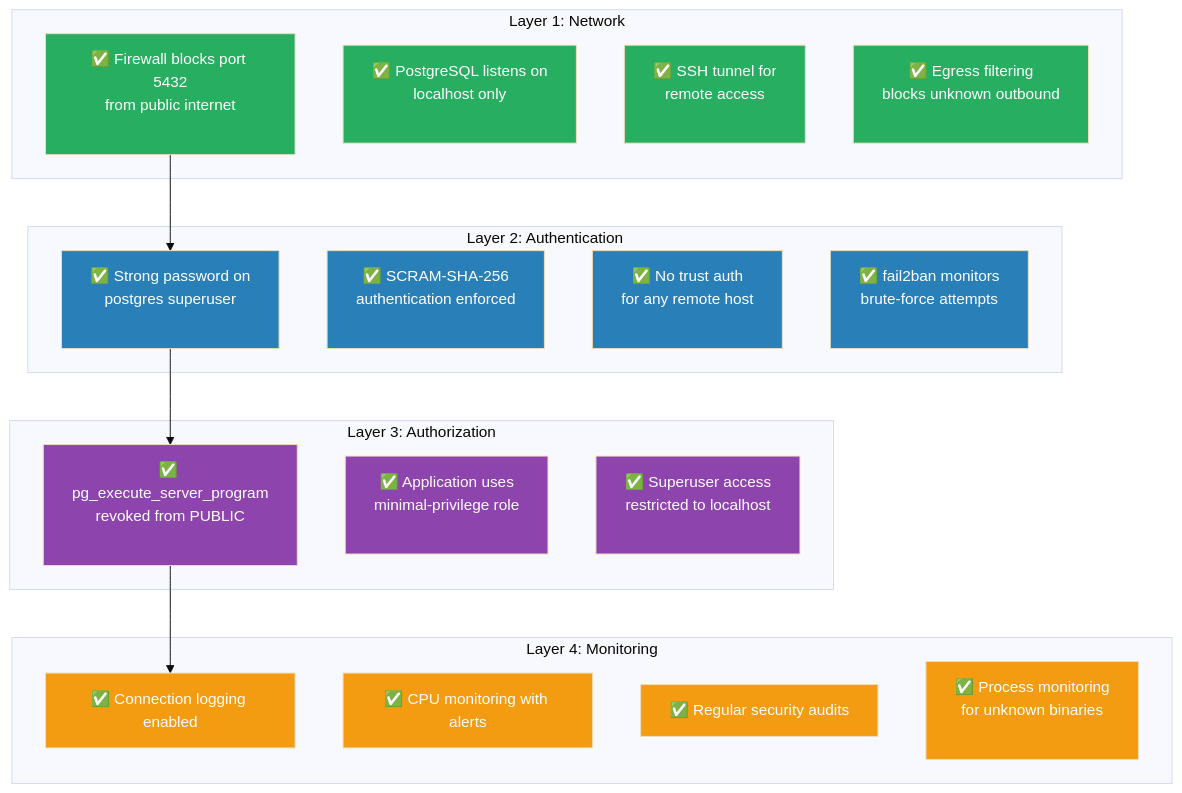
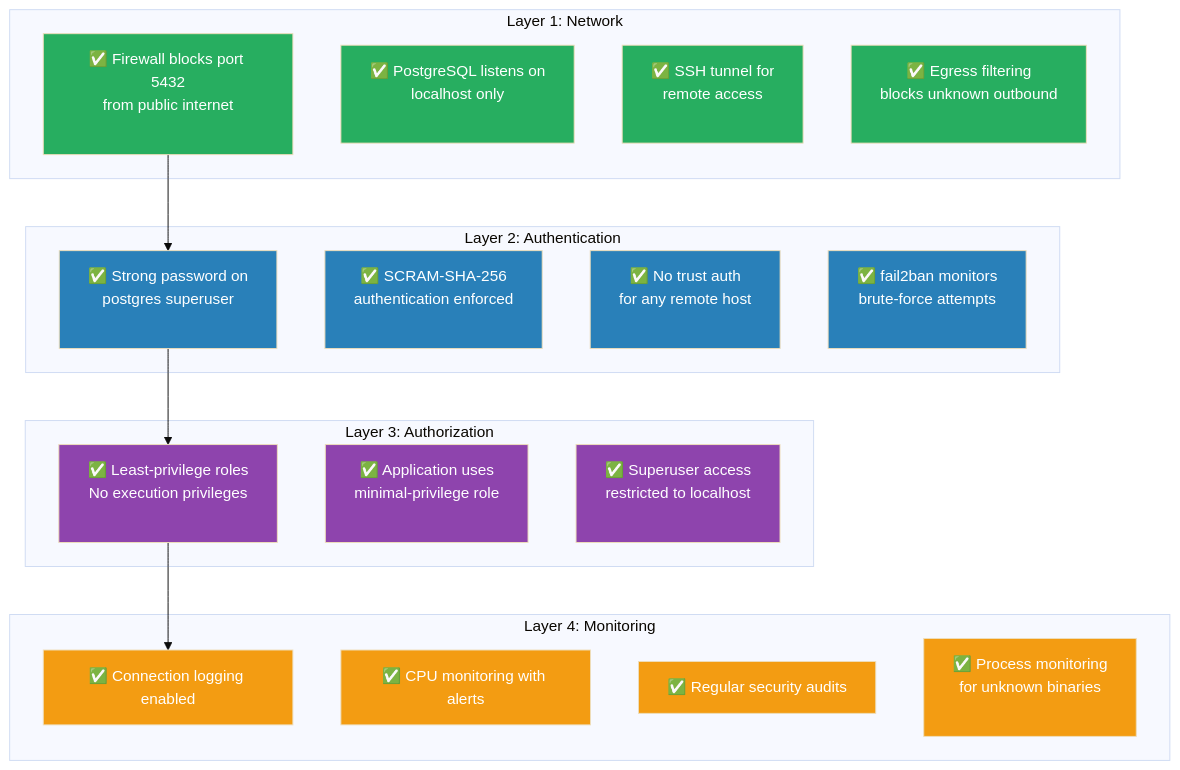
Diagram 13 of 15 in src/content/blog/2026-09-01-pg-miner-attack.md (nvkhuy/nvkhuy.github.io), drawn with Mermaid (base theme) before and after one commit. The commit also changed other lines of this file, not shown here.

````diff
--- a/src/content/blog/2026-09-01-pg-miner-attack.md
+++ b/src/content/blog/2026-09-01-pg-miner-attack.md
@@ -769,49 +788,49 @@
 ```mermaid
 flowchart TD
     subgraph "Layer 1: Network"
         N1["✅ Firewall blocks port 5432<br/>from public internet<br/>&nbsp;"]
         N2["✅ PostgreSQL listens on<br/>localhost only<br/>&nbsp;"]
         N3["✅ SSH tunnel for<br/>remote access<br/>&nbsp;"]
         N4["✅ Egress filtering<br/>blocks unknown outbound<br/>&nbsp;"]
     end
 
     subgraph "Layer 2: Authentication"
         A1["✅ Strong password on<br/>postgres superuser<br/>&nbsp;"]
         A2["✅ SCRAM-SHA-256<br/>authentication enforced<br/>&nbsp;"]
         A3["✅ No trust auth<br/>for any remote host<br/>&nbsp;"]
         A4["✅ fail2ban monitors<br/>brute-force attempts<br/>&nbsp;"]
     end
 
     subgraph "Layer 3: Authorization"
-        Z1["✅ pg_execute_server_program<br/>revoked from PUBLIC<br/>&nbsp;"]
+        Z1["✅ Least-privilege roles<br/>No execution privileges<br/>&nbsp;"]
         Z2["✅ Application uses<br/>minimal-privilege role<br/>&nbsp;"]
         Z3["✅ Superuser access<br/>restricted to localhost<br/>&nbsp;"]
     end
 
     subgraph "Layer 4: Monitoring"
         M1["✅ Connection logging enabled"]
         M2["✅ CPU monitoring with alerts"]
         M3["✅ Regular security audits"]
         M4["✅ Process monitoring<br/>for unknown binaries<br/>&nbsp;"]
     end
 
     N1 --> A1
     A1 --> Z1
     Z1 --> M1
 
     style N1 fill:#27ae60,color:#fff
     style N2 fill:#27ae60,color:#fff
     style N3 fill:#27ae60,color:#fff
     style N4 fill:#27ae60,color:#fff
     style A1 fill:#2980b9,color:#fff
     style A2 fill:#2980b9,color:#fff
     style A3 fill:#2980b9,color:#fff
     style A4 fill:#2980b9,color:#fff
     style Z1 fill:#8e44ad,color:#fff
     style Z2 fill:#8e44ad,color:#fff
     style Z3 fill:#8e44ad,color:#fff
     style M1 fill:#f39c12,color:#fff
     style M2 fill:#f39c12,color:#fff
     style M3 fill:#f39c12,color:#fff
     style M4 fill:#f39c12,color:#fff
 ```
````
